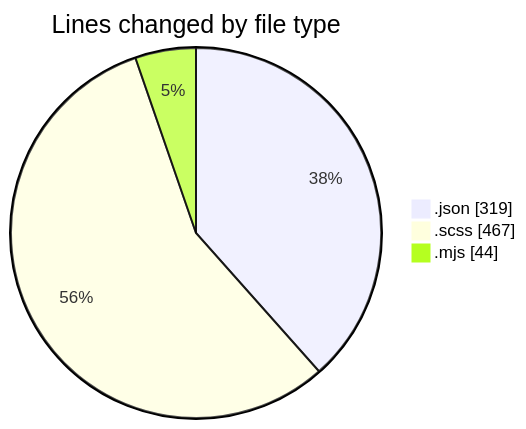
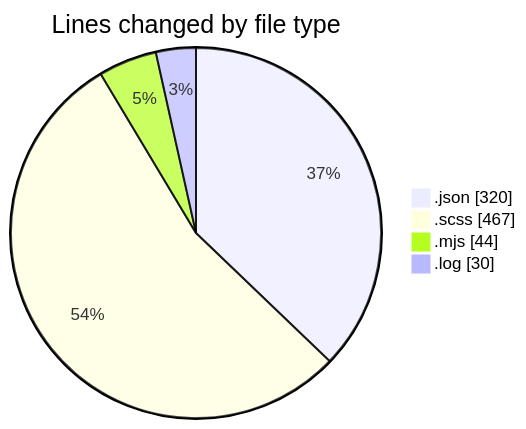
The first of 2 diagrams in 2026-08-12/cda/README.md (momahboobian/code-tracking), drawn with Mermaid before and after one commit. The commit also changed other lines of this file and 1 other file, not shown here.

````diff
--- a/2026-08-12/cda/README.md
+++ b/2026-08-12/cda/README.md
@@ -26,7 +27,8 @@
 ```mermaid
 pie showData
 title Lines changed by file type
-".json" : 319
+".json" : 320
 ".scss" : 467
 ".mjs" : 44
+".log" : 30
 ```
````
